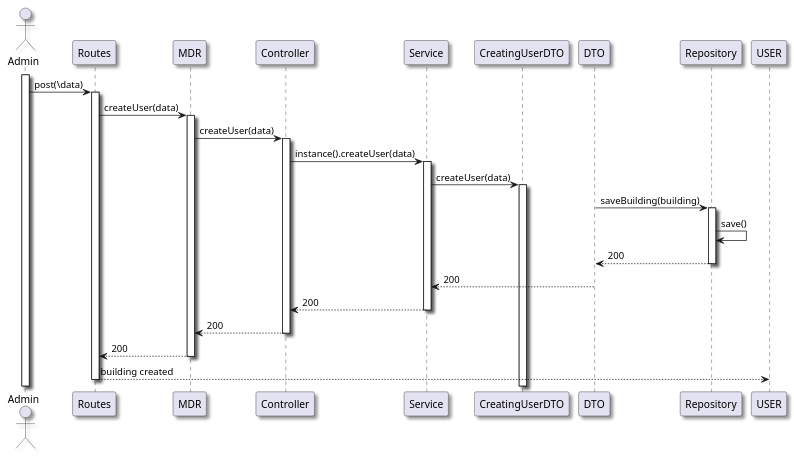
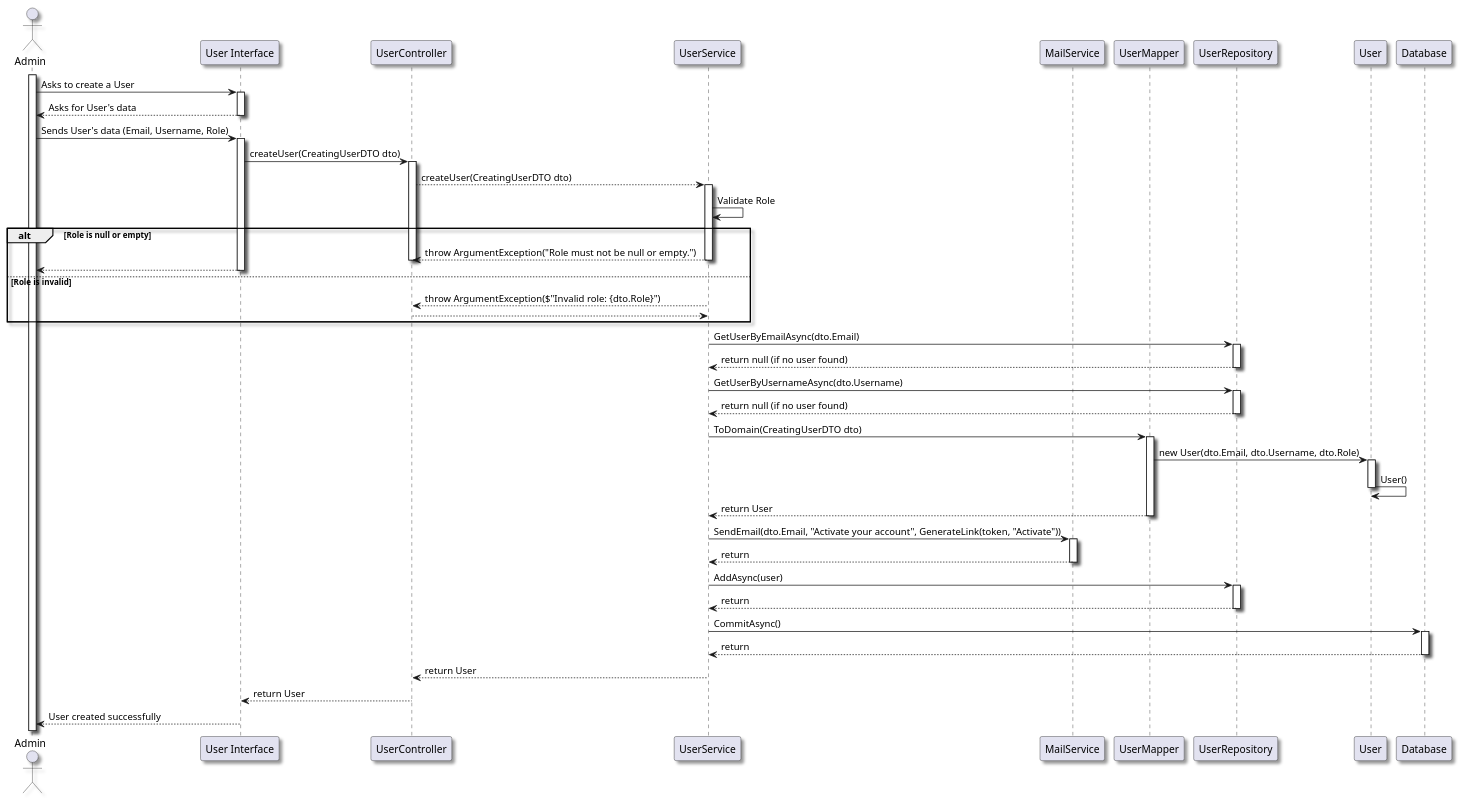
One commit to vscosousa/LAPR5_3DC_G15 changed the diagram in docs/sprint_A/us_5.1.1/level_3/puml/level_3.puml. Above: the diagram before and after it, drawn with PlantUML. The commit also changed 16 other files, not shown here.

```diff
--- a/docs/sprint_A/us_5.1.1/level_3/puml/level_3.puml
+++ b/docs/sprint_A/us_5.1.1/level_3/puml/level_3.puml
@@ -1,38 +1,83 @@
-@startuml US5.1.1  Level 3
+@startuml level_3
 'https://plantuml.com/sequence-diagram
 skinparam handwritten false
 skinparam monochrome false
 skinparam packageStyle rect
 skinparam defaultFontName FG Virgil
 skinparam shadowing true
 
 actor Admin as AD
+participant "User Interface" as UI
+participant "UserController" as C
+participant "UserService" as S
+participant "MailService" as MS
+participant "UserMapper" as M
+participant "UserRepository" as R
+participant "User" as U
+participant "Database" as DB
 
 activate AD
-AD-> Routes: post(\data)
-activate Routes
-Routes -> MDR: createUser(data)
-activate MDR
-MDR -> Controller: createUser(data)
-activate Controller
-Controller -> Service: instance().createUser(data)
-activate Service
-Service -> CreatingUserDTO: createUser(data)
-activate CreatingUserDTO
-DTO -> Repository: saveBuilding(building)
-activate Repository
-Repository -> Repository: save()
-Repository --> DTO: 200
-deactivate Repository
-DTO --> Service: 200
-deactivate DTO
-Service --> Controller: 200
-deactivate Service
-Controller --> MDR: 200
-deactivate Controller
-MDR --> Routes: 200
-deactivate MDR
-Routes --> USER: building created
-deactivate Routes
+AD -> UI: Asks to create a User
+activate UI
+UI --> AD: Asks for User's data
+deactivate UI
+AD -> UI: Sends User's data (Email, Username, Role)
+activate UI
+UI -> C: createUser(CreatingUserDTO dto)
+activate C
+C --> S: createUser(CreatingUserDTO dto)
+activate S
+S -> S: Validate Role
+alt Role is null or empty
+    S --> C: throw ArgumentException("Role must not be null or empty.")
+    deactivate S
+    deactivate C
+    return
+else Role is invalid
+    S --> C: throw ArgumentException($"Invalid role: {dto.Role}")
+    deactivate S
+    deactivate C
+    return
+end
 
+S -> R: GetUserByEmailAsync(dto.Email)
+activate R
+R --> S: return null (if no user found)
+deactivate R
+
+S -> R: GetUserByUsernameAsync(dto.Username)
+activate R
+R --> S: return null (if no user found)
+deactivate R
+
+S -> M: ToDomain(CreatingUserDTO dto)
+activate M
+M -> U: new User(dto.Email, dto.Username, dto.Role)
+activate U
+U -> U: User()
+deactivate U
+M --> S: return User
+deactivate M
+
+S -> MS: SendEmail(dto.Email, "Activate your account", GenerateLink(token, "Activate"))
+activate MS
+MS --> S: return
+deactivate MS
+
+S -> R: AddAsync(user)
+activate R
+R --> S: return
+deactivate R
+
+S -> DB: CommitAsync()
+activate DB
+DB --> S: return
+deactivate DB
+
+S --> C: return User
+deactivate S
+C --> UI: return User
+deactivate C
+UI --> AD: User created successfully
+deactivate UI
 @enduml
```
